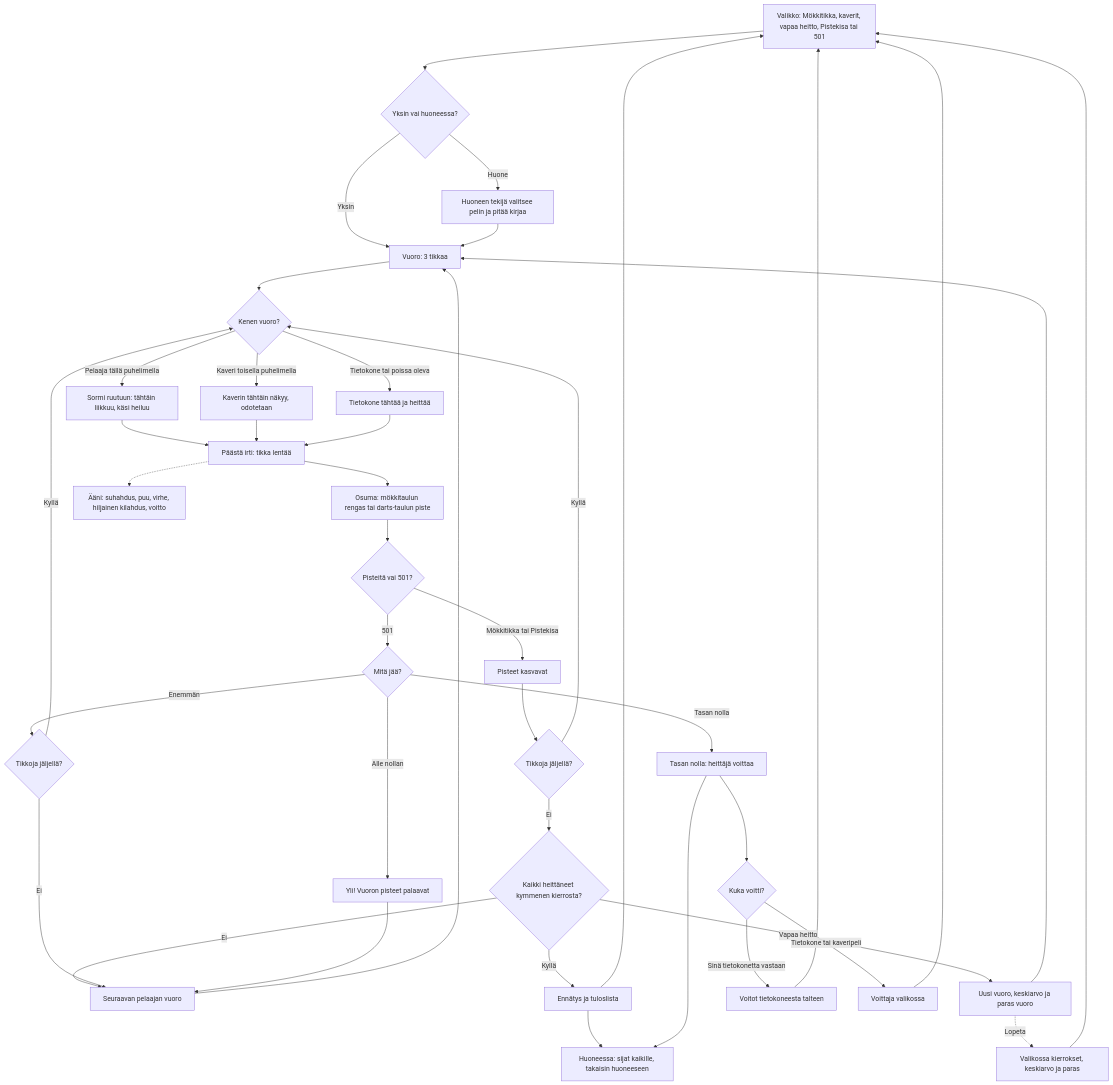
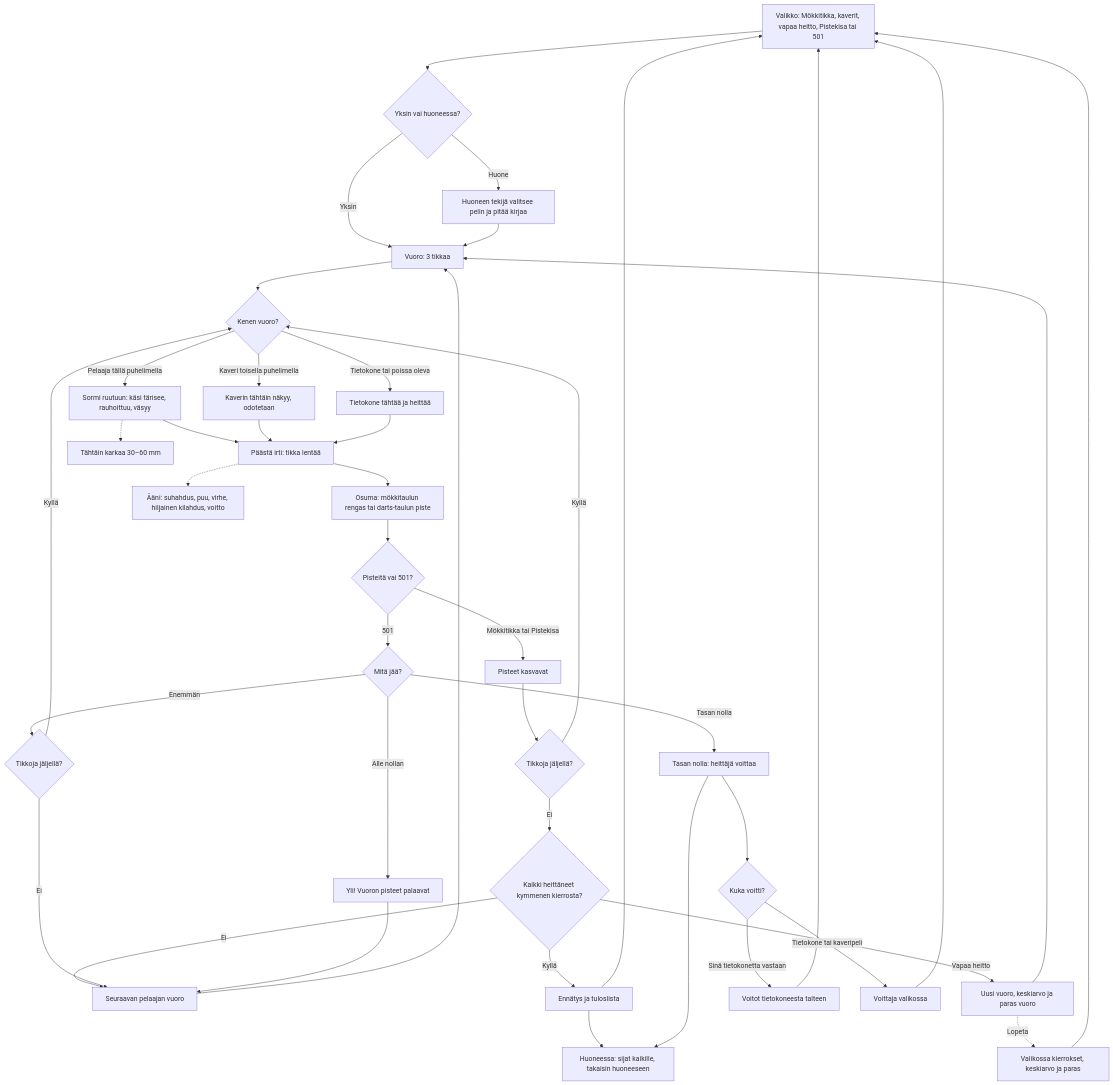
The diagram in docs/diagrams/tikanheitto.md (eerovil/ai-pelit), drawn with Mermaid before and after one commit. The commit also changed other lines of this file and 11 other files, not shown here.

````diff
--- a/docs/diagrams/tikanheitto.md
+++ b/docs/diagrams/tikanheitto.md
@@ -17,50 +19,51 @@
 ```mermaid
 flowchart TD
   A[Valikko: Mökkitikka, kaverit, vapaa heitto, Pistekisa tai 501] --> R{Yksin vai huoneessa?}
   R -- Yksin --> B[Vuoro: 3 tikkaa]
   R -- Huone --> RH[Huoneen tekijä valitsee pelin ja pitää kirjaa]
   RH --> B
   B --> C{Kenen vuoro?}
-  C -- Pelaaja tällä puhelimella --> D[Sormi ruutuun: tähtäin liikkuu, käsi heiluu]
+  C -- Pelaaja tällä puhelimella --> D[Sormi ruutuun: käsi tärisee, rauhoittuu, väsyy]
   C -- Kaveri toisella puhelimella --> S[Kaverin tähtäin näkyy, odotetaan]
   C -- Tietokone tai poissa oleva --> E[Tietokone tähtää ja heittää]
   D --> F[Päästä irti: tikka lentää]
+  D -.-> OA[Tähtäin karkaa 30–60 mm]
   S --> F
   E --> F
   F --> G[Osuma: mökkitaulun rengas tai darts-taulun piste]
   F -.-> AU[Ääni: suhahdus, puu, virhe, hiljainen kilahdus, voitto]
   G --> H{Pisteitä vai 501?}
   H -- Mökkitikka tai Pistekisa --> I[Pisteet kasvavat]
   I --> M{Tikkoja jäljellä?}
   M -- Kyllä --> C
   M -- Ei --> N{Kaikki heittäneet kymmenen kierrosta?}
   N -- Ei --> V[Seuraavan pelaajan vuoro]
   N -- Kyllä --> O[Ennätys ja tuloslista]
   N -- Vapaa heitto --> FV[Uusi vuoro, keskiarvo ja paras vuoro]
   FV --> B
   FV -. Lopeta .-> FL[Valikossa kierrokset, keskiarvo ja paras]
   FL --> A
   H -- 501 --> J{Mitä jää?}
   J -- Alle nollan --> K[Yli! Vuoron pisteet palaavat]
   J -- Enemmän --> Q{Tikkoja jäljellä?}
   Q -- Kyllä --> C
   Q -- Ei --> V
   K --> V
   V --> B
   J -- Tasan nolla --> L[Tasan nolla: heittäjä voittaa]
   L --> W{Kuka voitti?}
   W -- Sinä tietokonetta vastaan --> P[Voitot tietokoneesta talteen]
   W -- Tietokone tai kaveripeli --> X[Voittaja valikossa]
   O --> A
   P --> A
   X --> A
   O --> T[Huoneessa: sijat kaikille, takaisin huoneeseen]
   L --> T
-  class A,B,D,F,V blue
+  class A,B,D,F,V,OA blue
   class E,S violet
   class R,C,H,J,M,N,Q,W amber
   class G,I,RH,FV teal
   class K rose
   class L,O,P,X,T,FL green
   class AU teal
 ```
````
